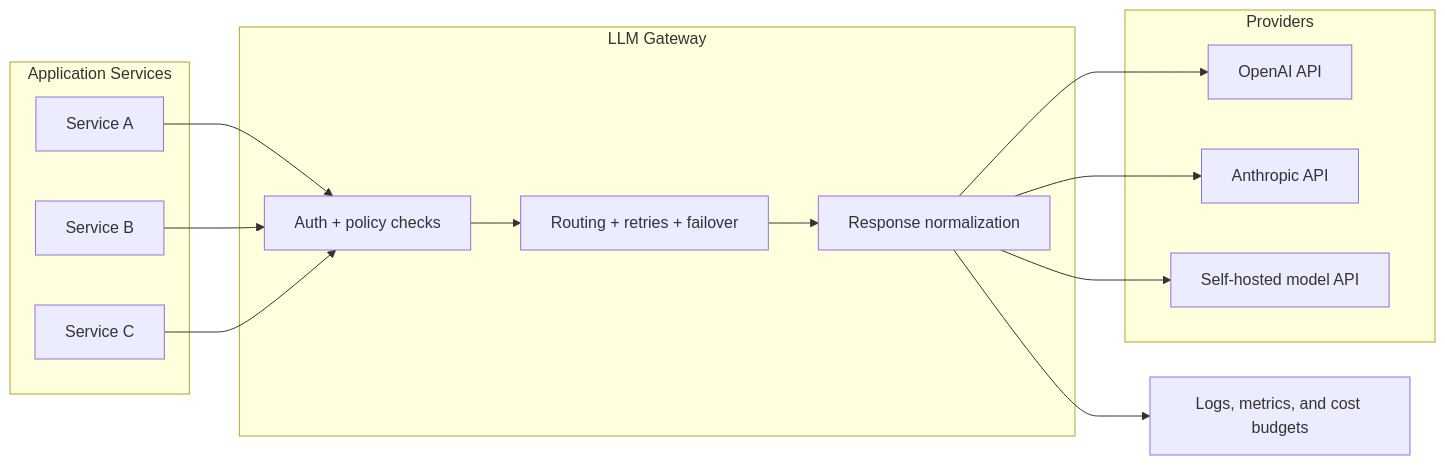
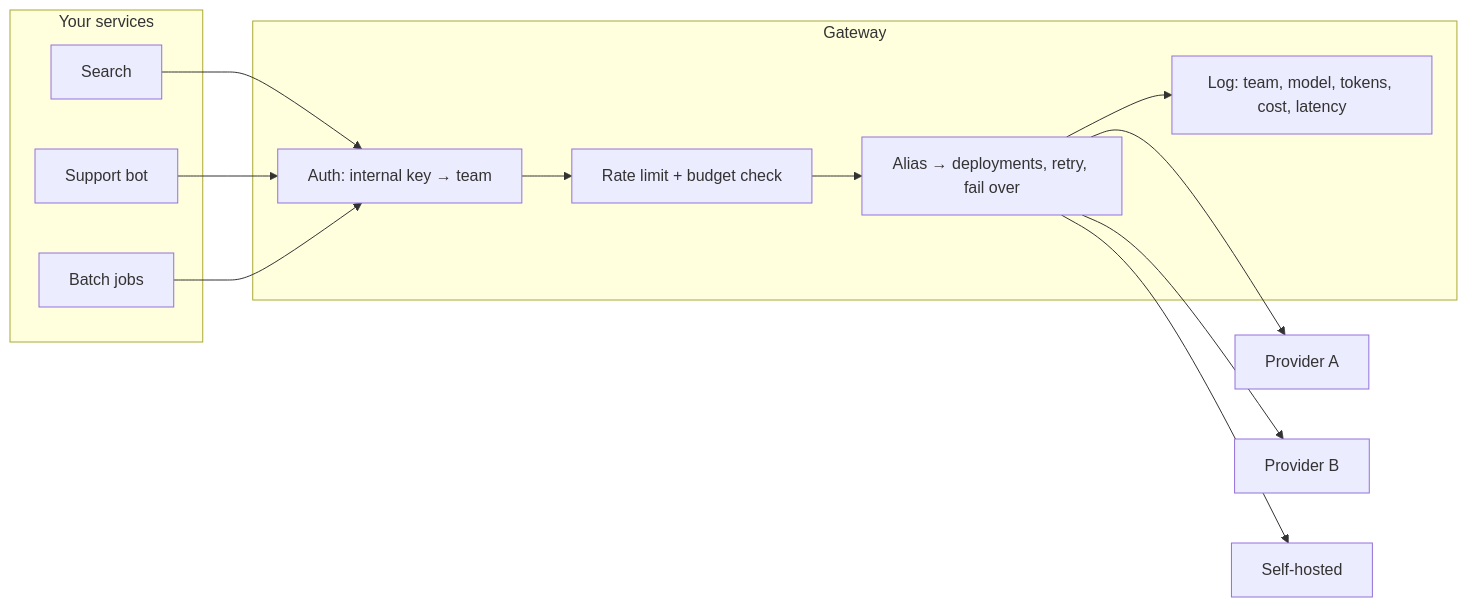
One commit to PrajwalAmte/AI-Engineering-Patterns changed the diagram in content/patterns/inference-and-serving/llm-gateway.md. Above: the diagram before and after it, drawn with Mermaid. The commit also changed other lines of this file and 190 other files, not shown here.

```diff
--- a/content/patterns/inference-and-serving/llm-gateway.md
+++ b/content/patterns/inference-and-serving/llm-gateway.md
@@ -33,29 +38,19 @@
 <pre class="mermaid">
 flowchart LR
-    subgraph S["Application Services"]
-      A["Service A"]
-      B["Service B"]
-      C["Service C"]
+    subgraph S["Your services"]
+      A["Search"]
+      B["Support bot"]
+      C["Batch jobs"]
     end
-
-    subgraph G["LLM Gateway"]
-      D["Auth + policy checks"]
-      E["Routing + retries + failover"]
-      F["Response normalization"]
+    subgraph G["Gateway"]
+      D["Auth: internal key → team"]
+      E["Rate limit + budget check"]
+      F["Alias → deployments, retry, fail over"]
+      L["Log: team, model, tokens, cost, latency"]
     end
-
-    subgraph P["Providers"]
-      P1["OpenAI API"]
-      P2["Anthropic API"]
-      P3["Self-hosted model API"]
-    end
-
-    A --> D
-    B --> D
-    C --> D
-    D --> E --> F
-    F --> P1
-    F --> P2
-    F --> P3
-    F --> M["Logs, metrics, and cost budgets"]
+    A & B & C --> D --> E --> F
+    F --> P1["Provider A"]
+    F --> P2["Provider B"]
+    F --> P3["Self-hosted"]
+    F --> L
 </pre>
```
